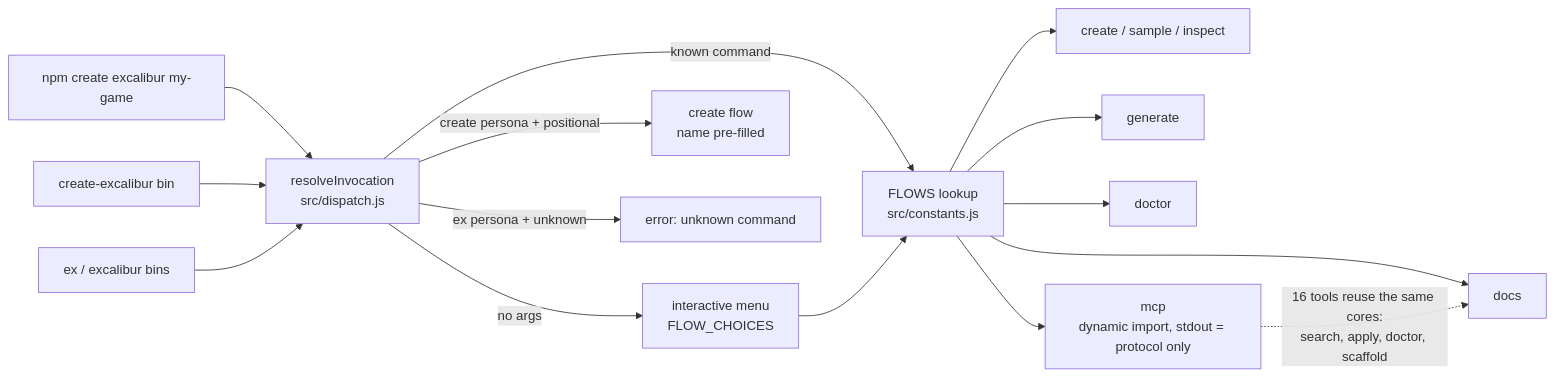
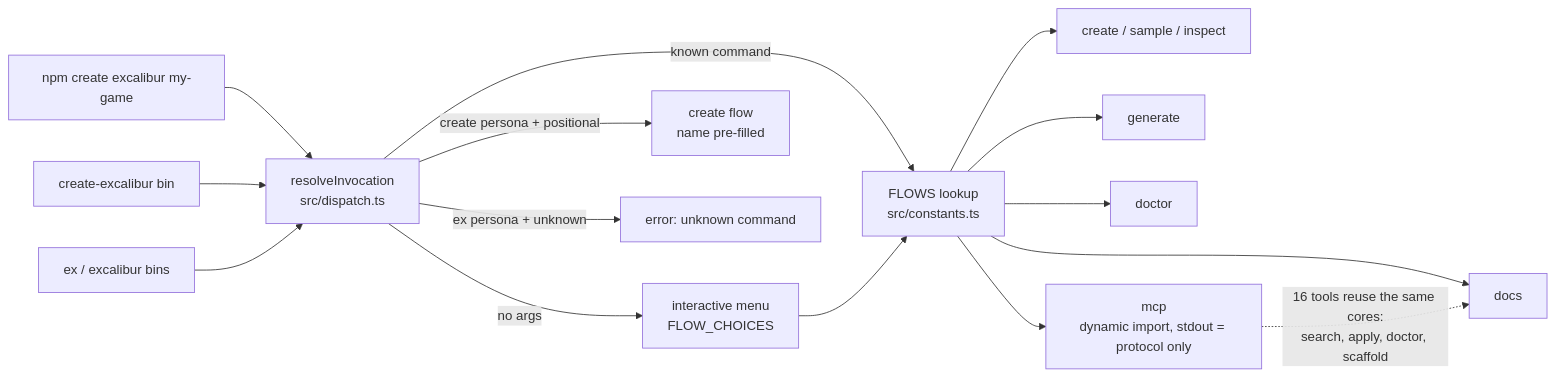
Before and after one commit to excaliburjs/create-excalibur: the first of 4 diagrams in README.md, drawn with Mermaid. The commit also changed other lines of this file and 279 other files, not shown here.

````diff
--- a/README.md
+++ b/README.md
@@ -152,18 +171,18 @@
 ```mermaid
 flowchart LR
     A["npm create excalibur my-game"] --> D
     B["create-excalibur bin"] --> D
     C["ex / excalibur bins"] --> D
-    D["resolveInvocation<br/>src/dispatch.js"]
+    D["resolveInvocation<br/>src/dispatch.ts"]
     D -->|"no args"| MENU["interactive menu<br/>FLOW_CHOICES"]
-    D -->|"known command"| FLOWS["FLOWS lookup<br/>src/constants.js"]
+    D -->|"known command"| FLOWS["FLOWS lookup<br/>src/constants.ts"]
     D -->|"create persona + positional"| CREATE["create flow<br/>name pre-filled"]
     D -->|"ex persona + unknown"| ERR["error: unknown command"]
     MENU --> FLOWS
     FLOWS --> F1["create / sample / inspect"]
     FLOWS --> F2["docs"]
     FLOWS --> F3["generate"]
     FLOWS --> F4["doctor"]
     FLOWS --> F5["mcp<br/>dynamic import, stdout = protocol only"]
     F5 -.->|"16 tools reuse the same cores:<br/>search, apply, doctor, scaffold"| F2
 ```
````
